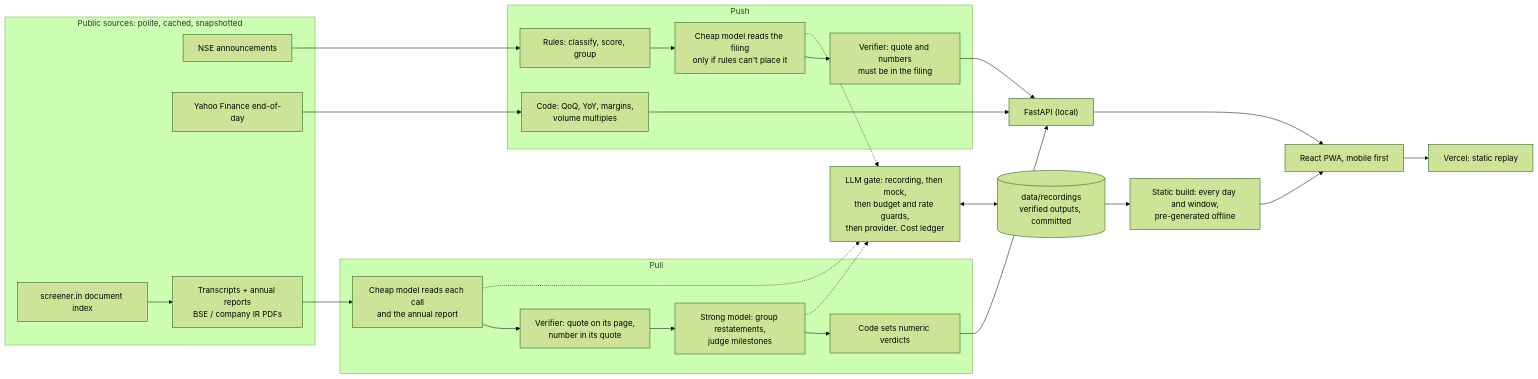
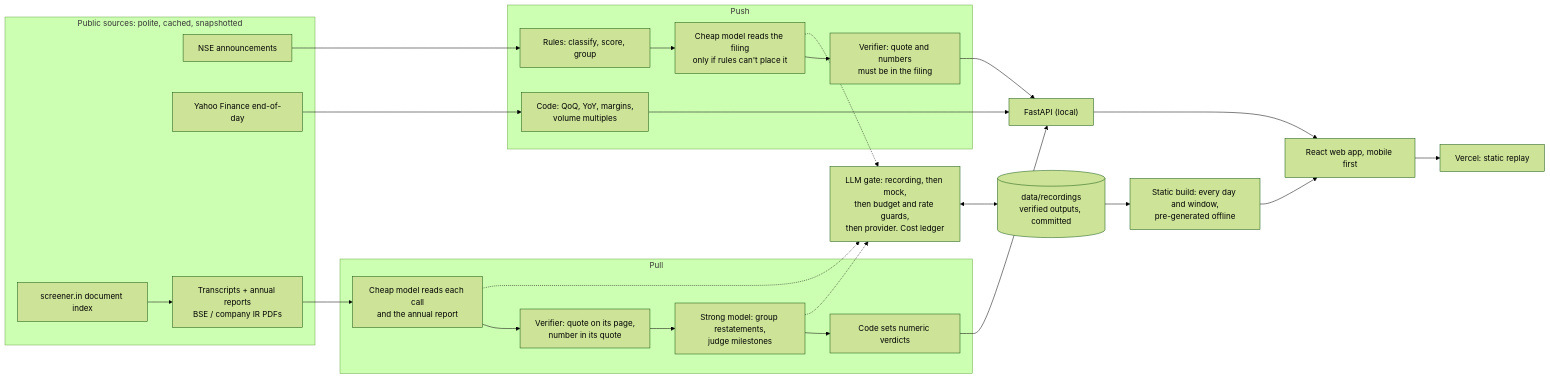
Before and after one commit to adityadeshmukh23/finn: the diagram in README.md, drawn with Mermaid (forest theme). The commit also changed 11 other files, not shown here.

````diff
--- a/README.md
+++ b/README.md
@@ -49,43 +49,43 @@
 ```mermaid
 flowchart LR
   subgraph src["Public sources: polite, cached, snapshotted"]
     NSE["NSE announcements"]
     YF["Yahoo Finance end-of-day"]
     SCR["screener.in document index"]
     PDF["Transcripts + annual reports<br/>BSE / company IR PDFs"]
     SCR --> PDF
   end
 
   subgraph push["Push"]
     RULES["Rules: classify, score, group"]
     READ["Cheap model reads the filing<br/>only if rules can't place it"]
     VER1["Verifier: quote and numbers<br/>must be in the filing"]
     CALC["Code: QoQ, YoY, margins,<br/>volume multiples"]
     NSE --> RULES --> READ --> VER1
     YF --> CALC
   end
 
   subgraph pull["Pull"]
     CALLS["Cheap model reads each call<br/>and the annual report"]
     VER2["Verifier: quote on its page,<br/>number in its quote"]
     JUDGE["Strong model: group restatements,<br/>judge milestones"]
     VERD["Code sets numeric verdicts"]
     PDF --> CALLS --> VER2 --> JUDGE --> VERD
   end
 
   GATE["LLM gate: recording, then mock,<br/>then budget and rate guards,<br/>then provider. Cost ledger"]
   READ -.-> GATE
   CALLS -.-> GATE
   JUDGE -.-> GATE
 
   REC[("data/recordings<br/>verified outputs, committed")]
   GATE <--> REC
 
   VER1 --> API["FastAPI (local)"]
   CALC --> API
   VERD --> API
   REC --> STATIC["Static build: every day and window,<br/>pre-generated offline"]
-  API --> PWA["React PWA, mobile first"]
+  API --> PWA["React web app, mobile first"]
   STATIC --> PWA
   PWA --> VERCEL["Vercel: static replay"]
 ```
````
